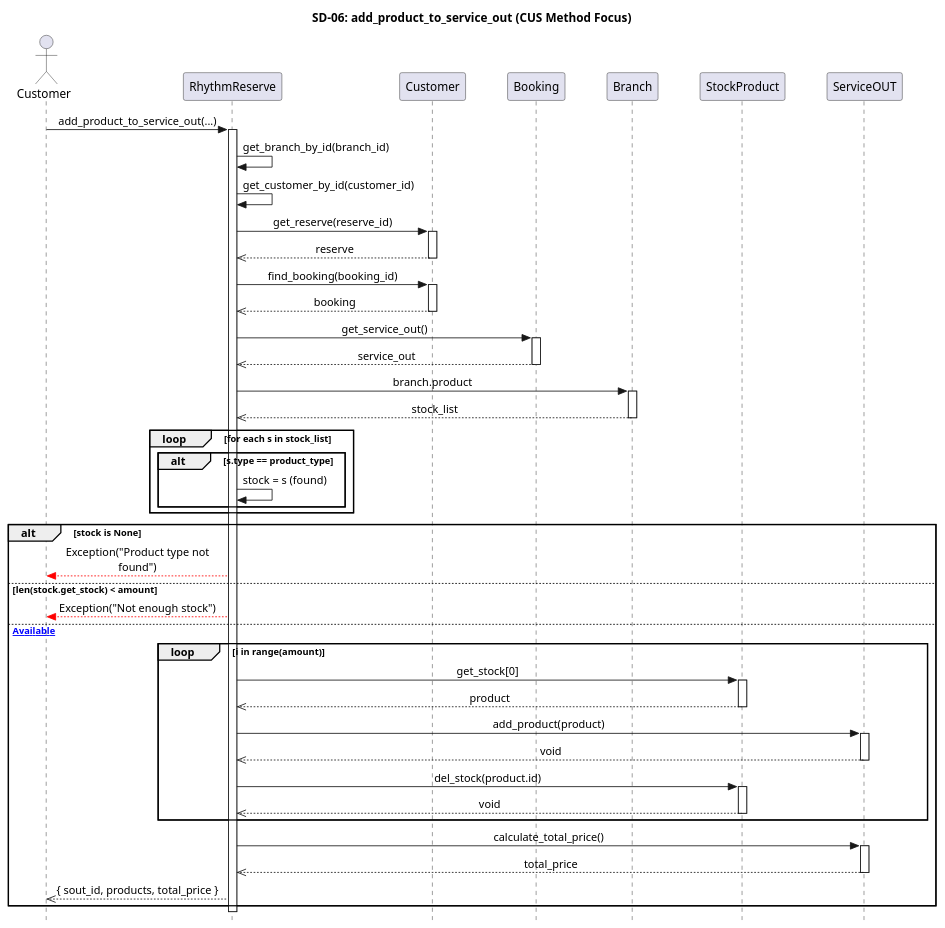
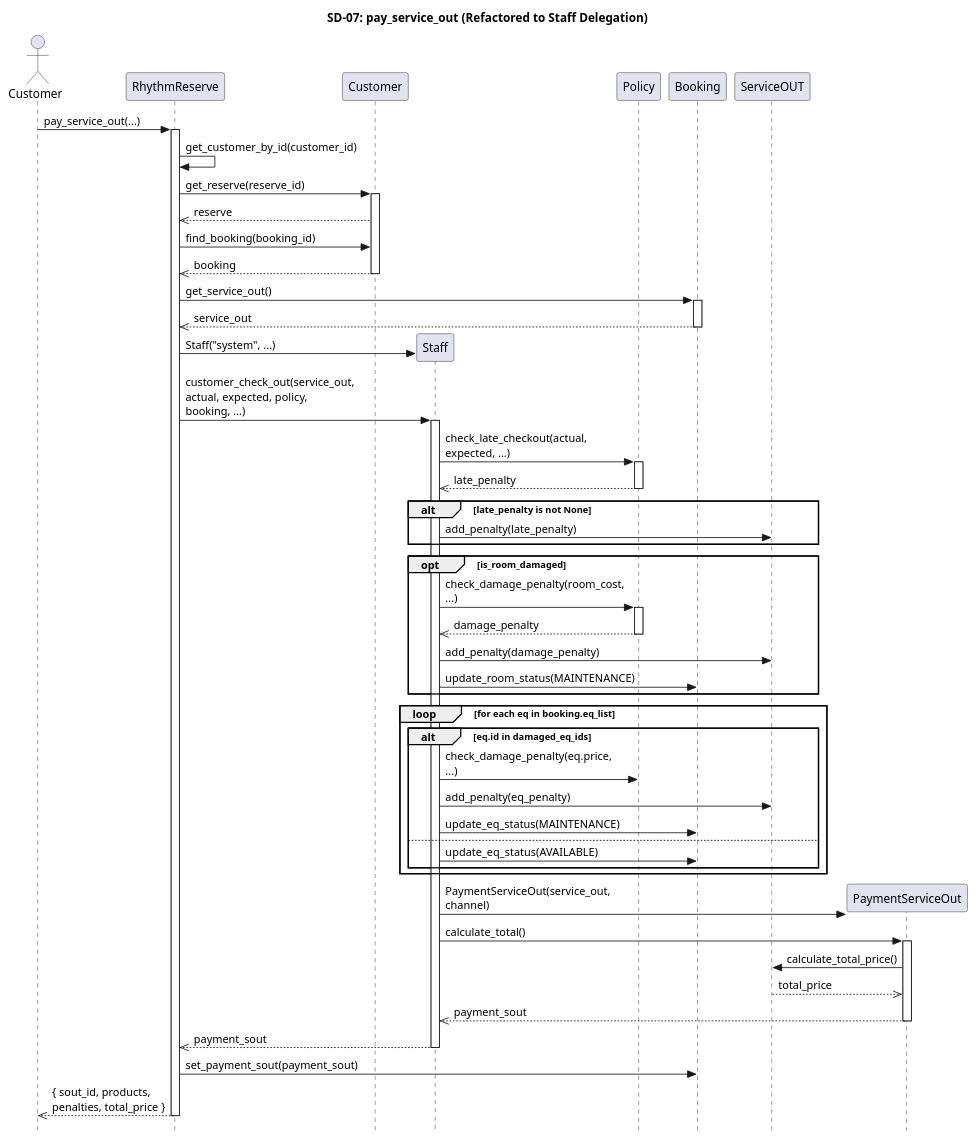
One commit to pjngth998/RhythmReserve changed the diagram in diagram/sequence_diagram/9final_sequence/sss1.puml. Above: the diagram before and after it, drawn with PlantUML. The commit also changed 1 other file, not shown here.

```diff
--- a/diagram/sequence_diagram/9final_sequence/sss1.puml
+++ b/diagram/sequence_diagram/9final_sequence/sss1.puml
@@ -1,90 +1,86 @@
 @startuml
-title SD-06: add_product_to_service_out (CUS Method Focus)
+title SD-07: pay_service_out (Refactored to Staff Delegation)
 
-' --- การตั้งค่าเพื่อความสวยงามและพอดีขอบ ---
 skinparam Style strictuml
-skinparam MaxMessageSize 200
-skinparam sequence {
-    MessageAlignment center
-    ParticipantPadding 20
-}
+skinparam MaxMessageSize 150
 
 actor Customer as C
 participant "RhythmReserve" as RR
 participant "Customer" as CUS
+participant "Staff" as STF
+participant "Policy" as POL
 participant "Booking" as BK
-participant "Branch" as BR
-participant "StockProduct" as STCK
 participant "ServiceOUT" as SOUT
+participant "PaymentServiceOut" as PSOUT
 
-C -> RR : add_product_to_service_out(...)
+C -> RR : pay_service_out(...)
 activate RR
 
-' --- 1. เตรียมข้อมูล Object จาก Customer ---
-RR -> RR : get_branch_by_id(branch_id)
+' --- 1. Setup ข้อมูลพื้นฐาน ---
 RR -> RR : get_customer_by_id(customer_id)
-
-' เรียกหา Reserve จาก Customer
 RR -> CUS : get_reserve(reserve_id)
 activate CUS
 CUS -->> RR : reserve
-deactivate CUS
-
-' เรียกหา Booking จาก Customer (อยู่คลาสเดียวกัน)
 RR -> CUS : find_booking(booking_id)
-activate CUS
 CUS -->> RR : booking
 deactivate CUS
 
-' ดึงถังเก็บค่าบริการจาก Booking
 RR -> BK : get_service_out()
 activate BK
 BK -->> RR : service_out
 deactivate BK
 
-' --- 2. ค้นหา Stock (ดึงรายการมาครั้งเดียวตามโค้ด) ---
-RR -> BR : branch.product
-activate BR
-BR -->> RR : stock_list
-deactivate BR
+' --- 2. ส่งงานต่อให้ Staff (ตามโค้ด staff.customer_check_out) ---
+RR -> STF ** : Staff("system", ...)
+RR -> STF : customer_check_out(service_out, actual, expected, policy, booking, ...)
+activate STF
 
-loop for each s in stock_list
-    alt s.type == product_type
-        RR -> RR : stock = s (found)
-    end
-end
-
-' --- 3. ตรวจสอบเงื่อนไขและจัดการสินค้า ---
-alt stock is None
-    RR --[#red]> C : Exception("Product type not found")
-else len(stock.get_stock) < amount
-    RR --[#red]> C : Exception("Not enough stock")
-else [Available]
+    ' Staff คุยกับ Policy เพื่อเช็ค Late
+    STF -> POL : check_late_checkout(actual, expected, ...)
+    activate POL
+    POL -->> STF : late_penalty
+    deactivate POL
     
-    loop i in range(amount)
-        RR -> STCK : get_stock[0]
-        activate STCK
-        STCK -->> RR : product
-        deactivate STCK
-
-        RR -> SOUT : add_product(product)
-        activate SOUT
-        SOUT -->> RR : void
-        deactivate SOUT
-
-        RR -> STCK : del_stock(product.id)
-        activate STCK
-        STCK -->> RR : void
-        deactivate STCK
+    alt late_penalty is not None
+        STF -> SOUT : add_penalty(late_penalty)
     end
 
-    RR -> SOUT : calculate_total_price()
-    activate SOUT
-    SOUT -->> RR : total_price
-    deactivate SOUT
+    ' Staff เช็คความเสียหายของห้อง
+    opt is_room_damaged
+        STF -> POL : check_damage_penalty(room_cost, ...)
+        activate POL
+        POL -->> STF : damage_penalty
+        deactivate POL
+        STF -> SOUT : add_penalty(damage_penalty)
+        STF -> BK : update_room_status(MAINTENANCE)
+    end
 
-    RR -->> C : { sout_id, products, total_price }
-end
+    ' Staff วนลูปเช็คอุปกรณ์
+    loop for each eq in booking.eq_list
+        alt eq.id in damaged_eq_ids
+            STF -> POL : check_damage_penalty(eq.price, ...)
+            STF -> SOUT : add_penalty(eq_penalty)
+            STF -> BK : update_eq_status(MAINTENANCE)
+        else
+            STF -> BK : update_eq_status(AVAILABLE)
+        end
+    end
+
+    ' Staff สร้างการชำระเงิน
+    STF -> PSOUT ** : PaymentServiceOut(service_out, channel)
+    STF -> PSOUT : calculate_total()
+    activate PSOUT
+    PSOUT -> SOUT : calculate_total_price()
+    SOUT -->> PSOUT : total_price
+    PSOUT -->> STF : payment_sout
+    deactivate PSOUT
+
+STF -->> RR : payment_sout
+deactivate STF
+
+' --- 3. สรุปผลที่ RR ---
+RR -> BK : set_payment_sout(payment_sout)
+RR -->> C : { sout_id, products, penalties, total_price }
 
 deactivate RR
 @enduml
```
